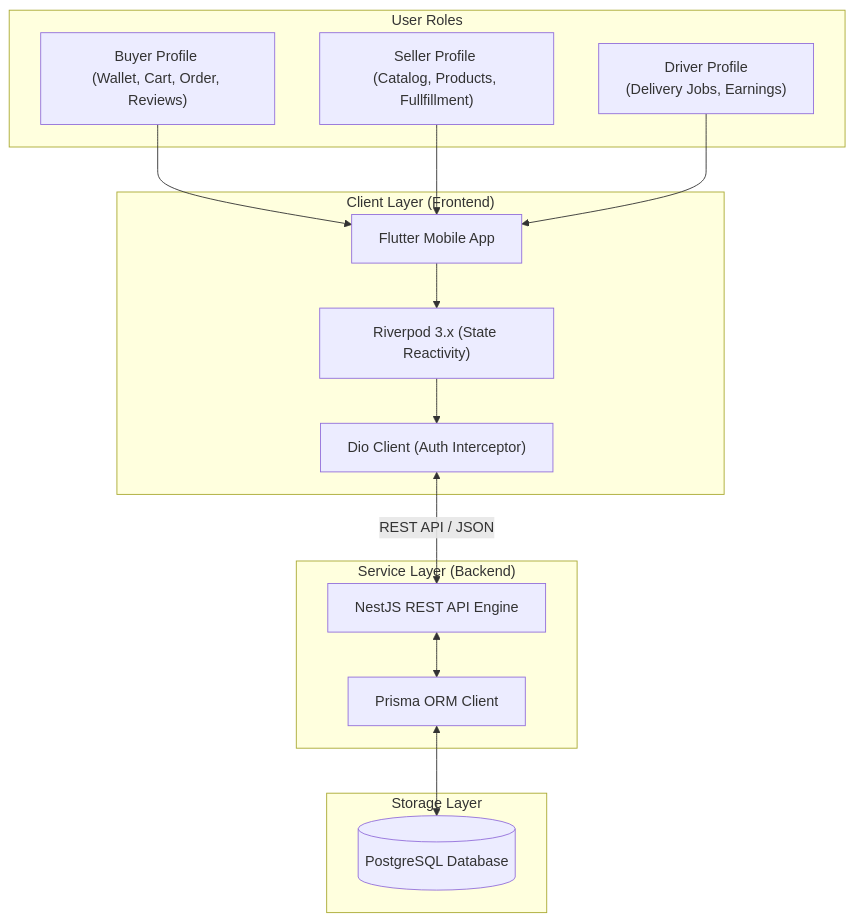
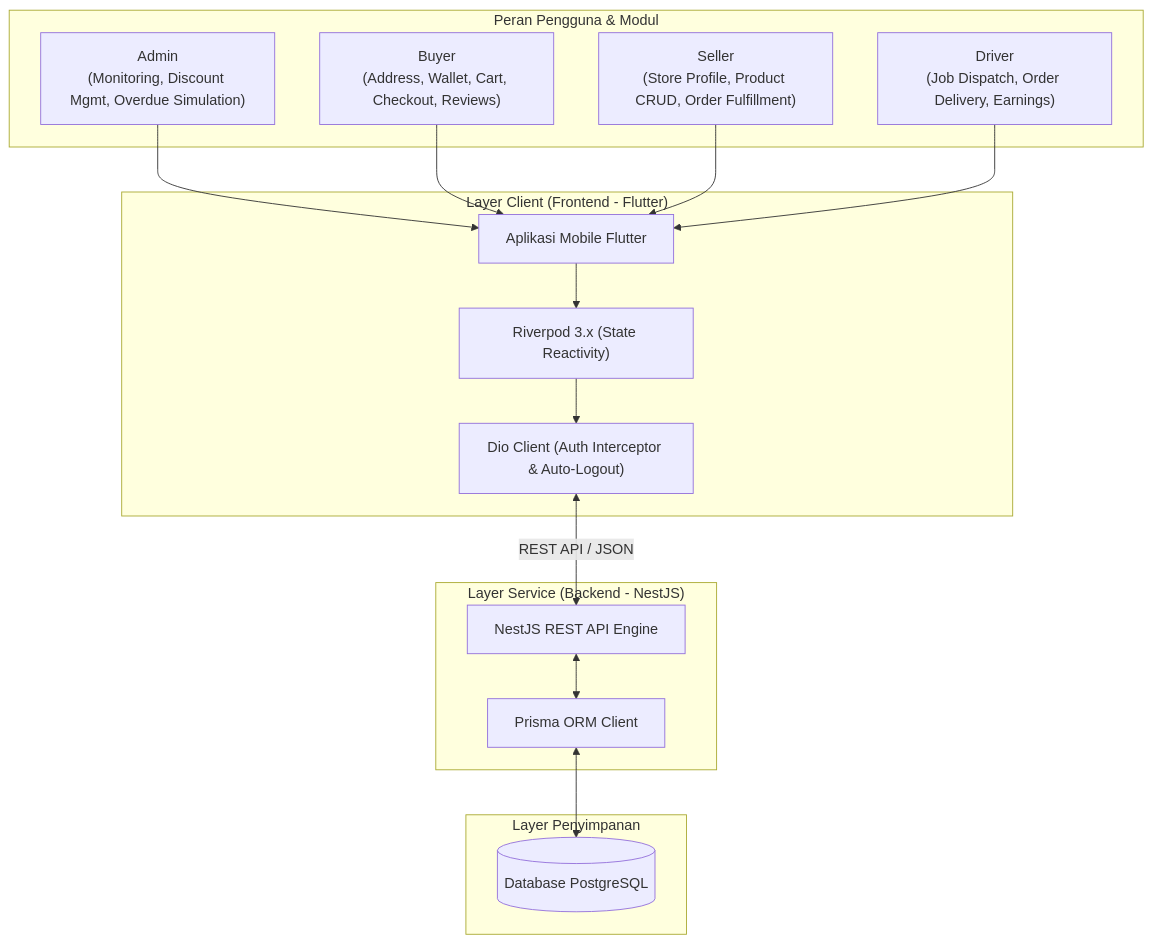
Before and after one commit to LintangNov/SEAPEDIA: the diagram in README.md, drawn with Mermaid. The commit also changed other lines of this file and 3 other files, not shown here.

Commit message:
docs: add project README documentation and initialize Flutter frontend project structure

````diff
--- a/README.md
+++ b/README.md
@@ -29,31 +24,32 @@
 ```mermaid
 graph TD
-    subgraph Client ["Client Layer (Frontend)"]
-        Flutter["Flutter Mobile App"]
+    subgraph Client ["Layer Client (Frontend - Flutter)"]
+        Flutter["Aplikasi Mobile Flutter"]
         RP["Riverpod 3.x (State Reactivity)"]
-        Dio["Dio Client (Auth Interceptor)"]
+        Dio["Dio Client (Auth Interceptor & Auto-Logout)"]
     end
 
-    subgraph Service ["Service Layer (Backend)"]
+    subgraph Service ["Layer Service (Backend - NestJS)"]
         Nest["NestJS REST API Engine"]
         Prisma["Prisma ORM Client"]
     end
 
-    subgraph Storage ["Storage Layer"]
-        Postgres[(PostgreSQL Database)]
+    subgraph Storage ["Layer Penyimpanan"]
+        Postgres[(Database PostgreSQL)]
     end
 
-    subgraph Roles ["User Roles"]
-        Buyer["Buyer Profile <br>(Wallet, Cart, Order, Reviews)"]
-        Seller["Seller Profile <br>(Catalog, Products, Fullfillment)"]
-        Driver["Driver Profile <br>(Delivery Jobs, Earnings)"]
+    subgraph Roles ["Peran Pengguna & Modul"]
+        Admin["Admin<br>(Monitoring, Discount Mgmt, Overdue Simulation)"]
+        Buyer["Buyer<br>(Address, Wallet, Cart, Checkout, Reviews)"]
+        Seller["Seller<br>(Store Profile, Product CRUD, Order Fulfillment)"]
+        Driver["Driver<br>(Job Dispatch, Order Delivery, Earnings)"]
     end
 
-    %% Interactions
-    Buyer & Seller & Driver --> Flutter
+    %% Hubungan
+    Admin & Buyer & Seller & Driver --> Flutter
     Flutter --> RP
     RP --> Dio
     Dio <-->|REST API / JSON| Nest
     Nest <--> Prisma
     Prisma <--> Postgres
 ```
````
